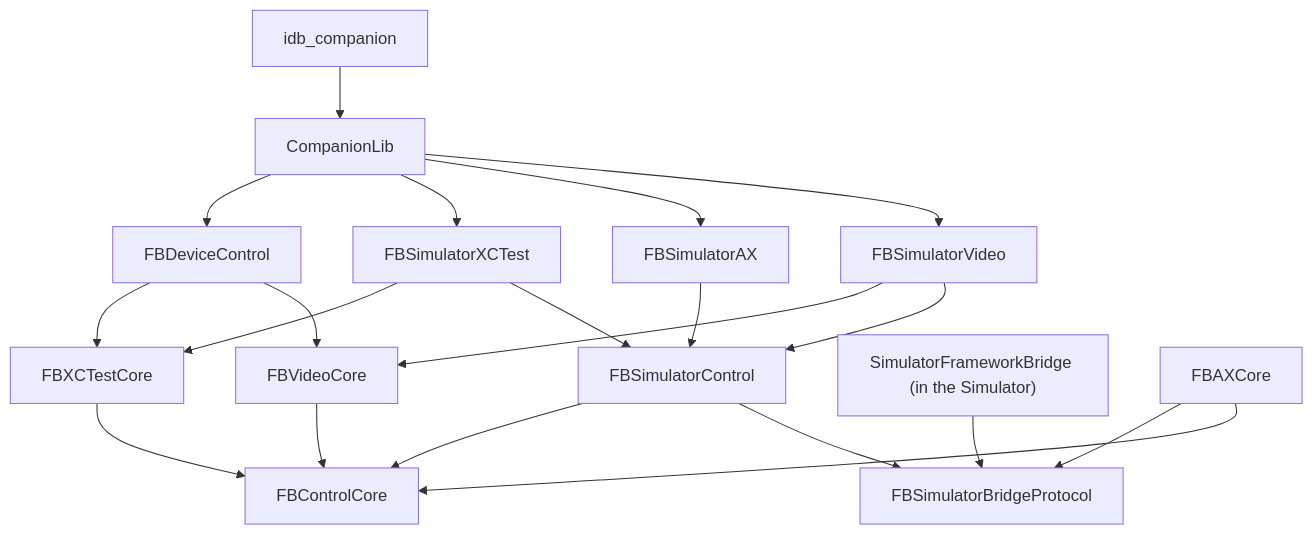
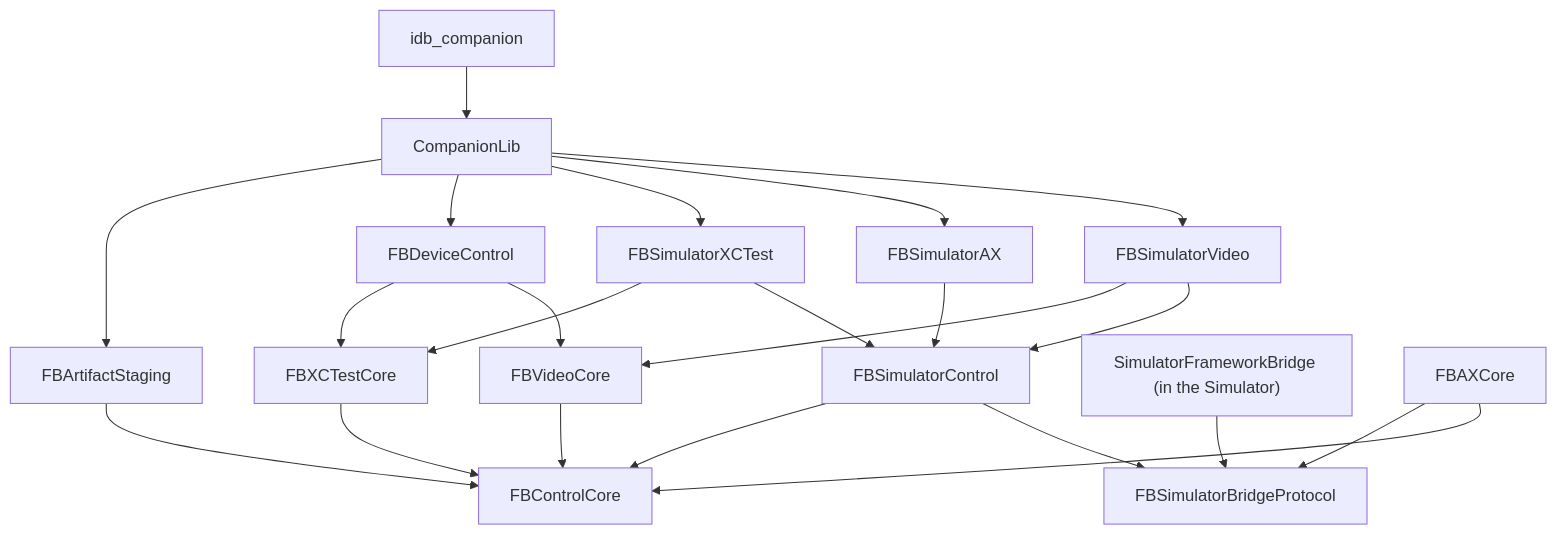
One commit to facebook/idb changed the second of 2 diagrams in website/docs/idb/architecture.mdx. Above: the diagram before and after it, drawn with Mermaid. The commit also changed other lines of this file and 4 other files, not shown here.

First line of the commit message:
Document FBArtifactStaging

````diff
--- a/website/docs/idb/architecture.mdx
+++ b/website/docs/idb/architecture.mdx
@@ -81,22 +81,24 @@
 ```mermaid
 flowchart TD
     companion["idb_companion"] --> CompanionLib
     CompanionLib --> FBSimulatorVideo
     CompanionLib --> FBSimulatorAX
     CompanionLib --> FBSimulatorXCTest
     CompanionLib --> FBDeviceControl
+    CompanionLib --> FBArtifactStaging
     FBSimulatorVideo --> FBSimulatorControl
     FBSimulatorVideo --> FBVideoCore
     FBSimulatorAX --> FBSimulatorControl
     FBSimulatorXCTest --> FBSimulatorControl
     FBSimulatorXCTest --> FBXCTestCore
     FBSimulatorControl --> FBSimulatorBridgeProtocol
     guest["SimulatorFrameworkBridge (in the Simulator)"] --> FBSimulatorBridgeProtocol
     FBDeviceControl --> FBVideoCore
     FBDeviceControl --> FBXCTestCore
     FBVideoCore --> FBControlCore
     FBAXCore --> FBControlCore
     FBAXCore --> FBSimulatorBridgeProtocol
     FBXCTestCore --> FBControlCore
+    FBArtifactStaging --> FBControlCore
     FBSimulatorControl --> FBControlCore
 ```
````
